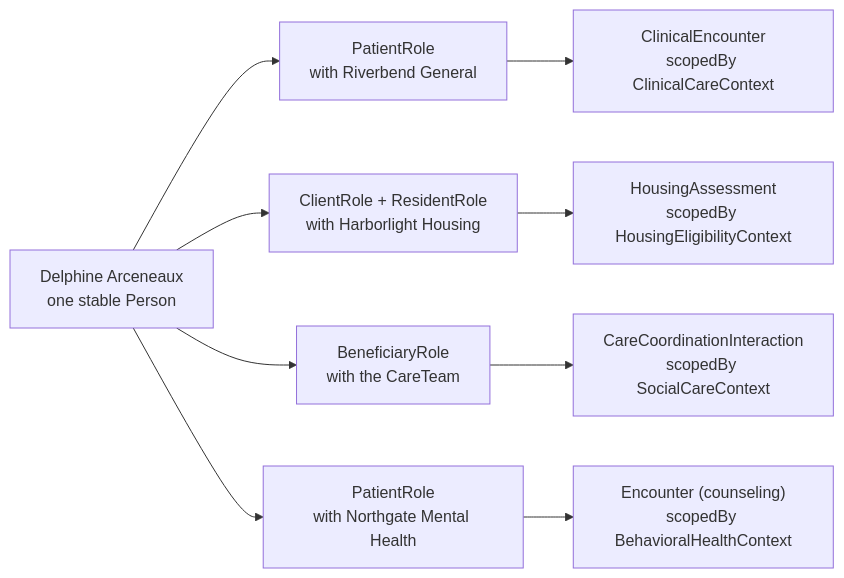
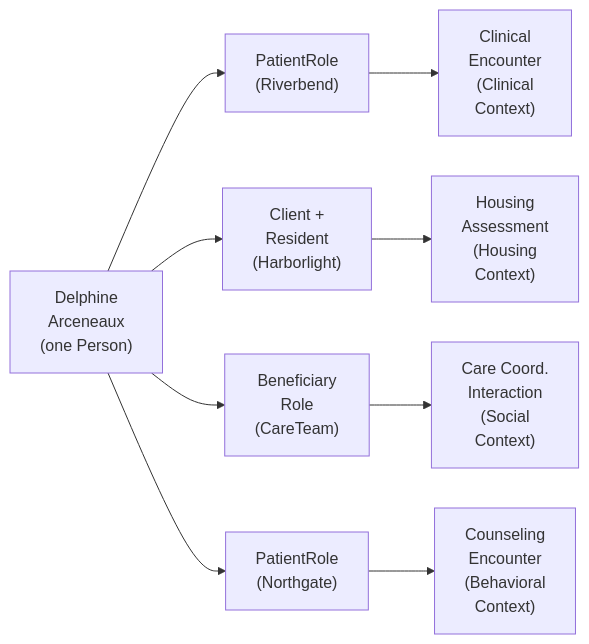
One commit to rrivilis/ucm changed the diagram in user-stories/care-team-coordination-discharge.md. Above: the diagram before and after it, drawn with Mermaid. The commit also changed 1 other file, not shown here.

Commit message:
improving mermaid diagram formatting

````diff
--- a/user-stories/care-team-coordination-discharge.md
+++ b/user-stories/care-team-coordination-discharge.md
@@ -76,8 +76,9 @@
 ```mermaid
+%%{init: {"flowchart": {"htmlLabels": true, "wrappingWidth": 140, "nodeSpacing": 40, "rankSpacing": 60}}}%%
 flowchart LR
-  D["Delphine Arceneaux<br/>one stable Person"]
-  D --> P1["PatientRole<br/>with Riverbend General"] --> R1["ClinicalEncounter<br/>scopedBy ClinicalCareContext"]
-  D --> P2["ClientRole + ResidentRole<br/>with Harborlight Housing"] --> R2["HousingAssessment<br/>scopedBy HousingEligibilityContext"]
-  D --> P3["BeneficiaryRole<br/>with the CareTeam"] --> R3["CareCoordinationInteraction<br/>scopedBy SocialCareContext"]
-  D --> P4["PatientRole<br/>with Northgate Mental Health"] --> R4["Encounter (counseling)<br/>scopedBy BehavioralHealthContext"]
+  D["Delphine<br/>Arceneaux<br/>(one Person)"]
+  D --> P1["PatientRole<br/>(Riverbend)"] --> R1["Clinical<br/>Encounter<br/>(Clinical<br/>Context)"]
+  D --> P2["Client +<br/>Resident<br/>(Harborlight)"] --> R2["Housing<br/>Assessment<br/>(Housing<br/>Context)"]
+  D --> P3["Beneficiary<br/>Role<br/>(CareTeam)"] --> R3["Care Coord.<br/>Interaction<br/>(Social<br/>Context)"]
+  D --> P4["PatientRole<br/>(Northgate)"] --> R4["Counseling<br/>Encounter<br/>(Behavioral<br/>Context)"]
 ```
````
